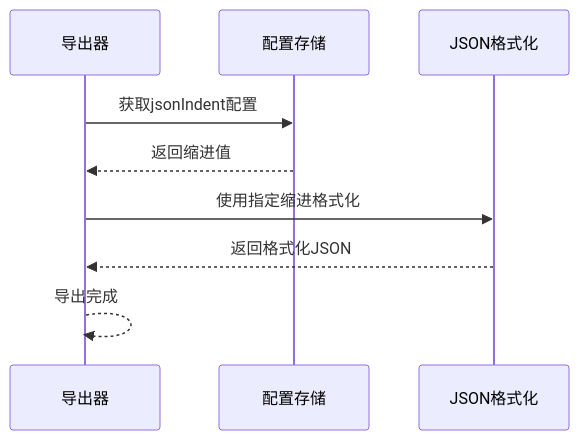
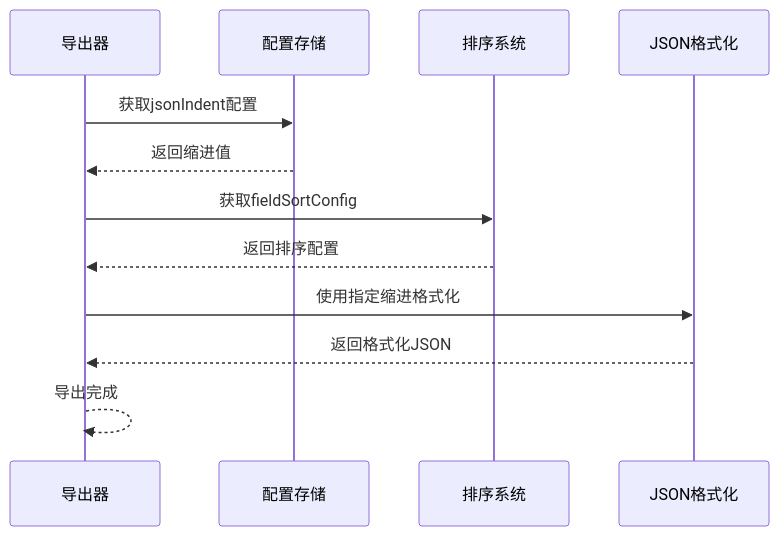
One commit to kqcoxn/MaaPipelineEditor changed the ninth of 17 diagrams in .qoder/repowiki/zh/content/Config Store.md. Above: the diagram before and after it, drawn with Mermaid. The commit also changed other lines of this file and 22 other files, not shown here.

````diff
--- a/.qoder/repowiki/zh/content/Config Store.md
+++ b/.qoder/repowiki/zh/content/Config Store.md
@@ -305,11 +431,14 @@
 ```mermaid
 sequenceDiagram
 participant Exporter as 导出器
 participant Store as 配置存储
+participant SortSystem as 排序系统
 participant JSON as JSON格式化
 Exporter->>Store : 获取jsonIndent配置
 Store-->>Exporter : 返回缩进值
+Exporter->>SortSystem : 获取fieldSortConfig
+SortSystem-->>Exporter : 返回排序配置
 Exporter->>JSON : 使用指定缩进格式化
 JSON-->>Exporter : 返回格式化JSON
 Exporter-->>Exporter : 导出完成
 ```
````
